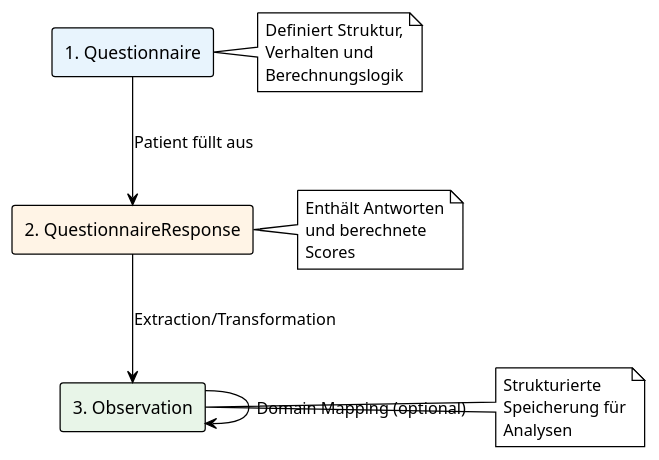
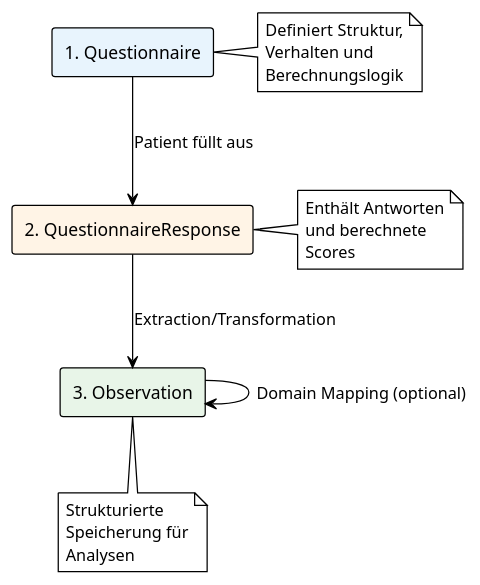
One commit to medizininformatik-initiative/kerndatensatzmodul-proms changed the diagram in input/Images/Workflow_Standard.pu. Above: the diagram before and after it, drawn with PlantUML. The commit also changed 1 other file, not shown here.

Commit message:
fix(images): Notiz im Standard-Workflow-Diagramm nach unten verlegt (HDB-719)
Verbindungslinie der Observation-Notiz durchstrich den Pfeiltext
'Domain Mapping (optional)'. Letzter offener Punkt aus Ballot-Ticket
HDB-719; übrige Punkte bereits durch Template-Migration erledigt.

Closes kerndatensatzmodul-proms-bba

Claude-Session: https://claude.ai/code/session_01G8YvJzPkumBZgtFPHTGf4L

```diff
--- a/input/Images/Workflow_Standard.pu
+++ b/input/Images/Workflow_Standard.pu
@@ -1,16 +1,16 @@
 @startuml
 !theme plain
 skinparam backgroundColor white
 
 rectangle "1. Questionnaire" as Q #E8F4FD
 rectangle "2. QuestionnaireResponse" as QR #FFF4E6
 rectangle "3. Observation" as O #E8F5E8
 
 Q --> QR : Patient füllt aus
 QR --> O : Extraction/Transformation
 O --> O : Domain Mapping (optional)
 
 note right of Q : Definiert Struktur,\nVerhalten und\nBerechnungslogik
 note right of QR : Enthält Antworten\nund berechnete\nScores
-note right of O : Strukturierte\nSpeicherung für\nAnalysen
+note bottom of O : Strukturierte\nSpeicherung für\nAnalysen
 @enduml
```
